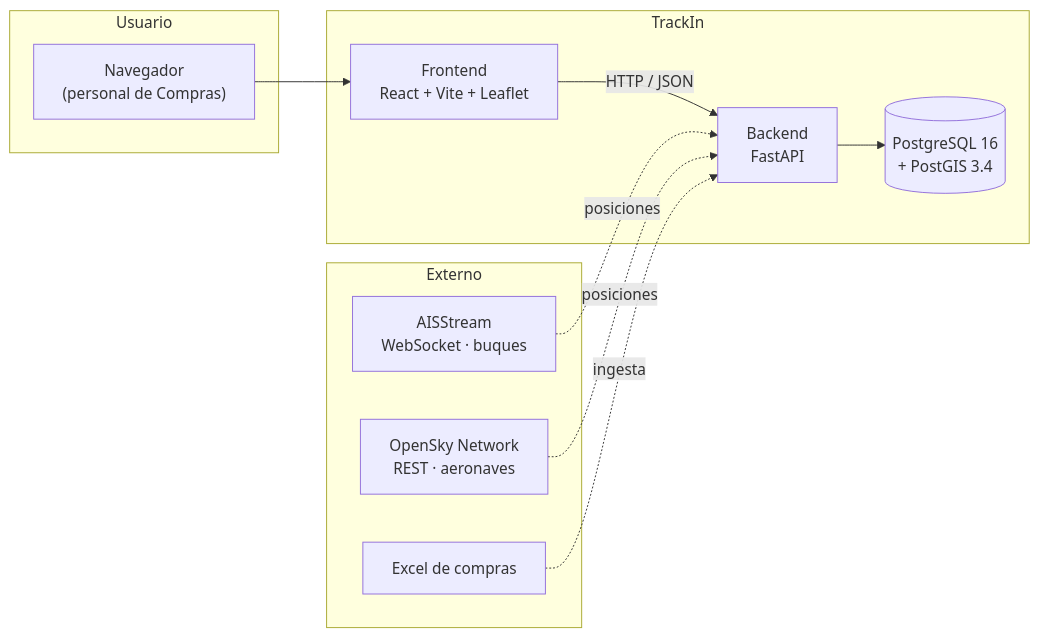
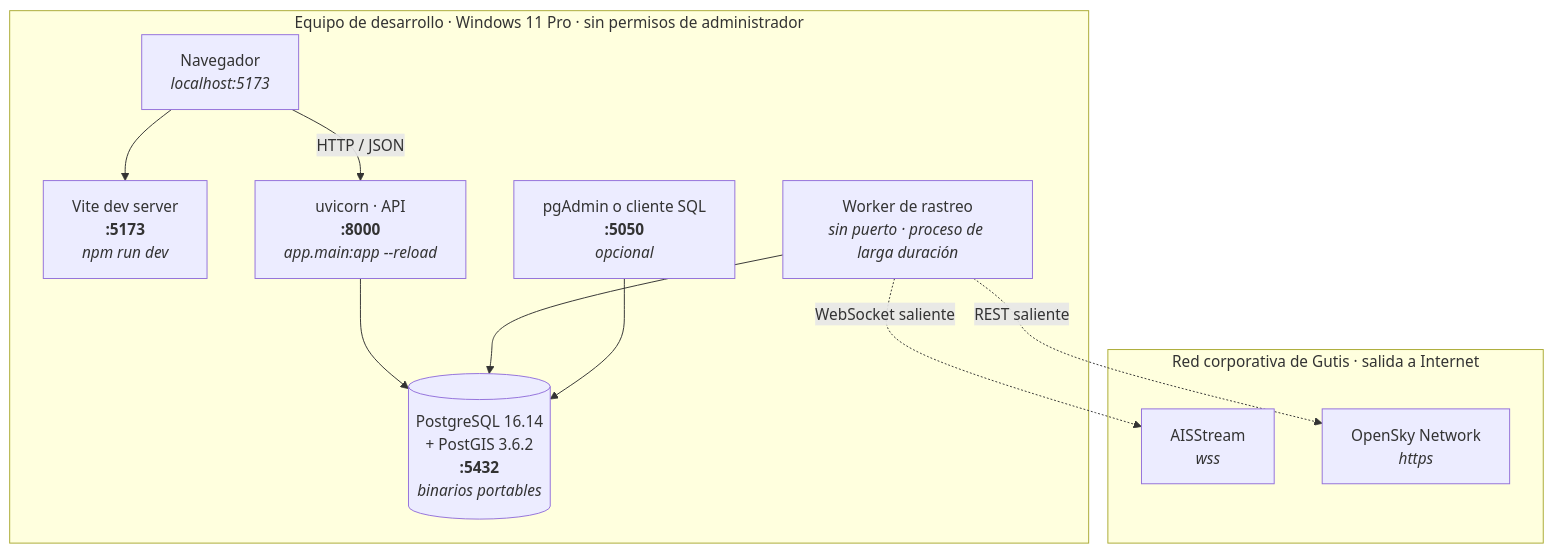
The second of 3 diagrams in docs/architecture.md (mdjmayorga/TrackIn), drawn with Mermaid before and after one commit. The commit also changed other lines of this file and 5 other files, not shown here.

````diff
--- a/docs/architecture.md
+++ b/docs/architecture.md
@@ -9,25 +196,24 @@
 ```mermaid
-flowchart LR
-    subgraph Usuario
-        NAV["Navegador<br/>(personal de Compras)"]
+flowchart TB
+    subgraph equipo["Equipo de desarrollo · Windows 11 Pro · sin permisos de administrador"]
+        NAV["Navegador<br/><i>localhost:5173</i>"]
+        VITE["Vite dev server<br/><b>:5173</b><br/><i>npm run dev</i>"]
+        UVI["uvicorn · API<br/><b>:8000</b><br/><i>app.main:app --reload</i>"]
+        WRK["Worker de rastreo<br/><i>sin puerto · proceso de larga duración</i>"]
+        PG[("PostgreSQL 16.14<br/>+ PostGIS 3.6.2<br/><b>:5432</b><br/><i>binarios portables</i>")]
+        ADM["pgAdmin o cliente SQL<br/><b>:5050</b><br/><i>opcional</i>"]
     end
 
-    subgraph TrackIn
-        FE["Frontend<br/>React + Vite + Leaflet"]
-        API["Backend<br/>FastAPI"]
-        DB[("PostgreSQL 16<br/>+ PostGIS 3.4")]
+    subgraph red["Red corporativa de Gutis · salida a Internet"]
+        AISX["AISStream<br/><i>wss</i>"]
+        OSNX["OpenSky Network<br/><i>https</i>"]
     end
 
-    subgraph Externo
-        AIS["AISStream<br/>WebSocket · buques"]
-        OSN["OpenSky Network<br/>REST · aeronaves"]
-        XLS["Excel de compras"]
-    end
-
-    NAV --> FE
-    FE -->|"HTTP / JSON"| API
-    API --> DB
-    AIS -.->|"posiciones"| API
-    OSN -.->|"posiciones"| API
-    XLS -.->|"ingesta"| API
+    NAV --> VITE
+    NAV -->|"HTTP / JSON"| UVI
+    UVI --> PG
+    WRK --> PG
+    ADM --> PG
+    WRK -.->|"WebSocket saliente"| AISX
+    WRK -.->|"REST saliente"| OSNX
 ```
````
